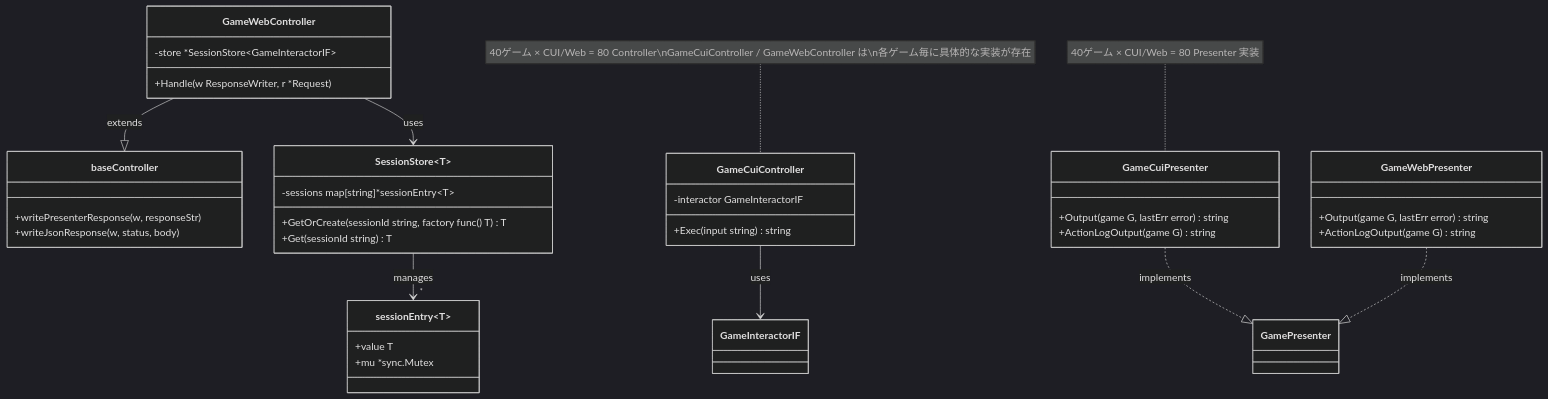
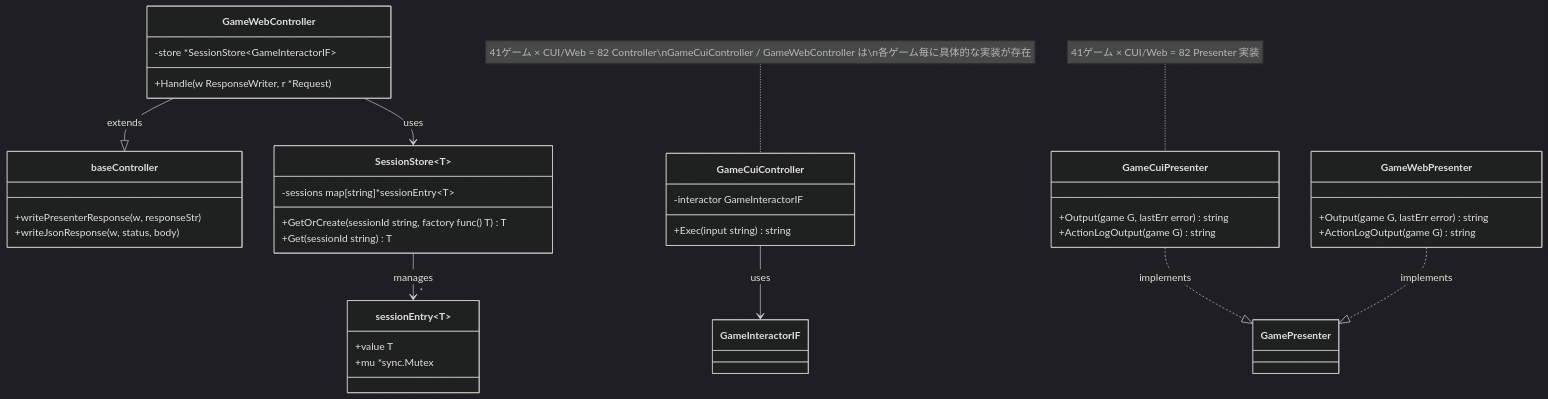
Diagram 11 of 54 in docs/design/backend.md (yuta-yoshinaga/go_trumpcards), drawn with Mermaid (dark theme) before and after one commit. The commit also changed other lines of this file and 52 other files, not shown here.

````diff
--- a/docs/design/backend.md
+++ b/docs/design/backend.md
@@ -1189,48 +1210,48 @@
 ```mermaid
 classDiagram
     class baseController {
         +writePresenterResponse(w, responseStr)
         +writeJsonResponse(w, status, body)
     }
 
     class SessionStore~T~ {
         -sessions map[string]*sessionEntry~T~
         +GetOrCreate(sessionId string, factory func() T) T
         +Get(sessionId string) T
     }
 
     class sessionEntry~T~ {
         +value T
         +mu *sync.Mutex
     }
 
     class GameCuiController {
         -interactor GameInteractorIF
         +Exec(input string) string
     }
 
     class GameWebController {
         -store *SessionStore~GameInteractorIF~
         +Handle(w ResponseWriter, r *Request)
     }
 
     class GameCuiPresenter {
         +Output(game G, lastErr error) string
         +ActionLogOutput(game G) string
     }
 
     class GameWebPresenter {
         +Output(game G, lastErr error) string
         +ActionLogOutput(game G) string
     }
 
     GameWebController --|> baseController : extends
     GameWebController --> SessionStore : uses
     SessionStore --> "*" sessionEntry : manages
     GameCuiController --> GameInteractorIF : uses
     GameCuiPresenter ..|> GamePresenter : implements
     GameWebPresenter ..|> GamePresenter : implements
 
-    note for GameCuiController "40ゲーム × CUI/Web = 80 Controller\nGameCuiController / GameWebController は\n各ゲーム毎に具体的な実装が存在"
-    note for GameCuiPresenter "40ゲーム × CUI/Web = 80 Presenter 実装"
+    note for GameCuiController "41ゲーム × CUI/Web = 82 Controller\nGameCuiController / GameWebController は\n各ゲーム毎に具体的な実装が存在"
+    note for GameCuiPresenter "41ゲーム × CUI/Web = 82 Presenter 実装"
 ```
````
